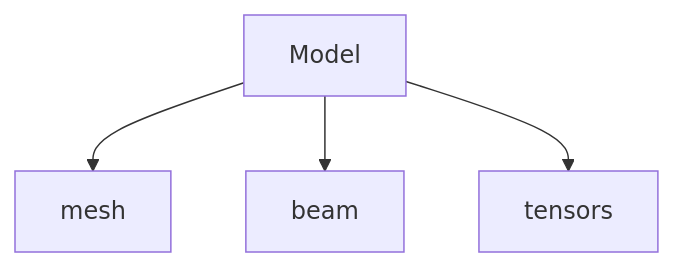
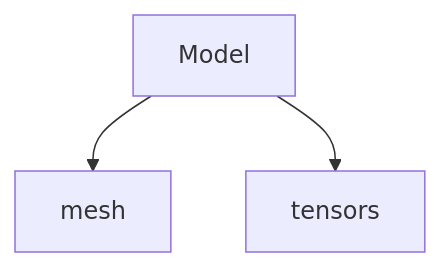
The first of 10 diagrams in docs/source/api/result_api.rst (airinnova/framat), drawn with Mermaid before and after one commit. The commit also changed other lines of this file and 7 other files, not shown here.

```diff
--- a/docs/source/api/result_api.rst
+++ b/docs/source/api/result_api.rst
@@ -10,7 +10,6 @@
 .. mermaid::
 
     graph TD
     A[Model]
     A --> F0[mesh]
-    A --> F1[beam]
-    A --> F2[tensors]
+    A --> F1[tensors]
```
